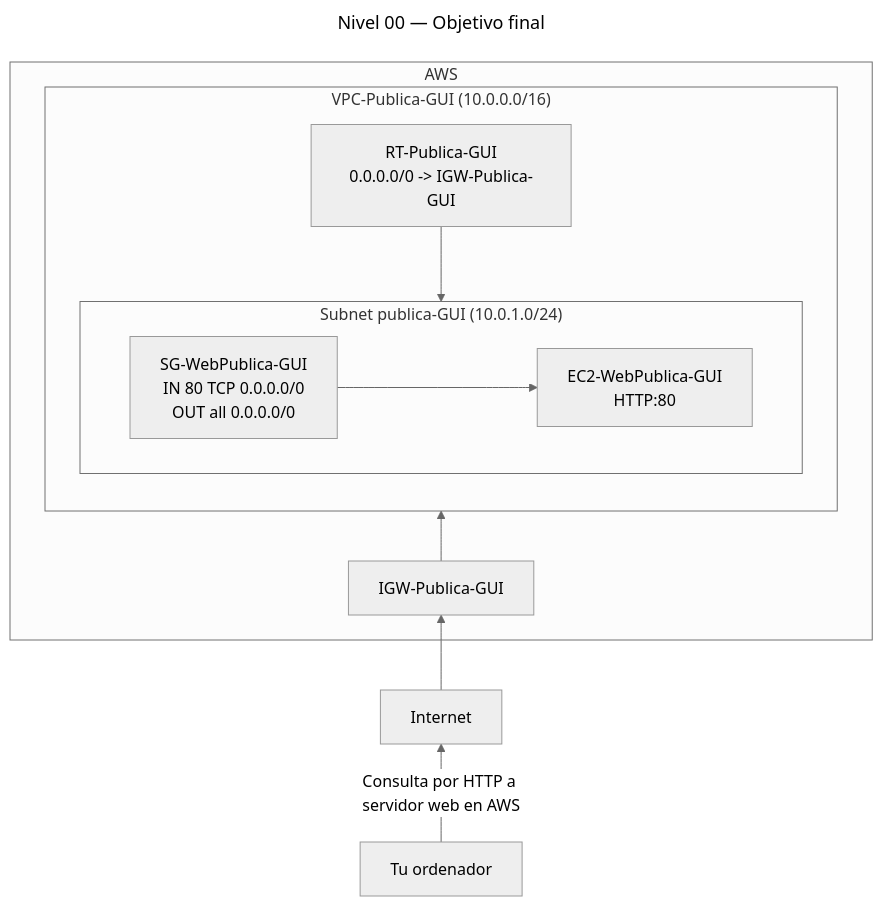
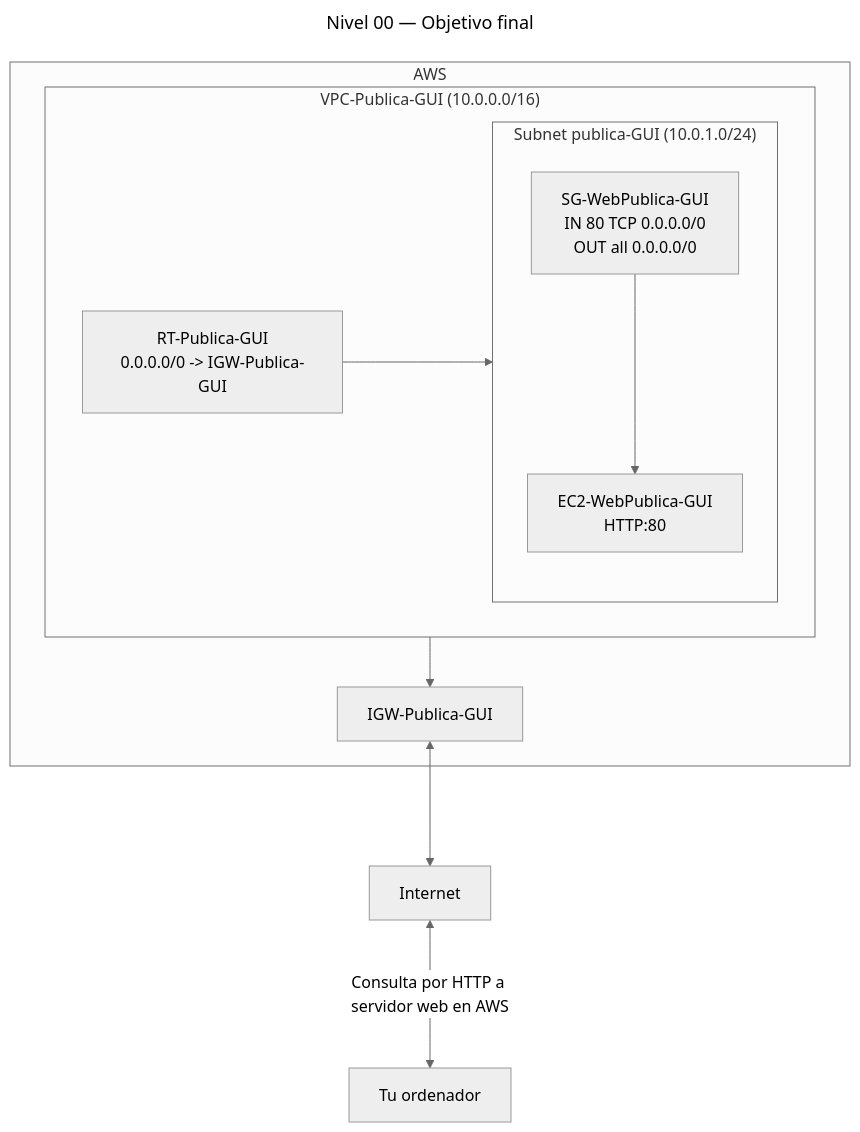
One commit to Marcos-SA-git/AWS-Certifications changed the first of 8 diagrams in SAA-C03/es/Prácticas/🥉Fácil/Nivel-00.md. Above: the diagram before and after it, drawn with Mermaid (neutral theme). The commit also changed other lines of this file, not shown here.

Commit message:
Better mermaid scheme

````diff
--- a/SAA-C03/es/Prácticas/🥉Fácil/Nivel-00.md
+++ b/SAA-C03/es/Prácticas/🥉Fácil/Nivel-00.md
@@ -23,26 +23,26 @@
 ```mermaid
 ---
 title: "Nivel 00 — Objetivo final"
 ---
-graph BT
+graph
 
 subgraph AWS[AWS]
     IGW[IGW-Publica-GUI]
     subgraph VPC["VPC-Publica-GUI (10.0.0.0/16)"]
         RT[RT-Publica-GUI<br>0.0.0.0/0 -> IGW-Publica-GUI]
         subgraph SUB["Subnet publica-GUI (10.0.1.0/24)"]
             EC2[EC2-WebPublica-GUI<br>HTTP:80]
             SG[SG-WebPublica-GUI<br>IN 80 TCP 0.0.0.0/0<br>OUT all 0.0.0.0/0]
         end
     end
 end
 
 Internet[Internet]
 PC[Tu ordenador]
 
-IGW --> VPC
-RT --> SUB
+VPC --> IGW
+RT ---> SUB
 SG ---> EC2
-Internet --> IGW
-PC  -->|"Consulta por HTTP a servidor web en AWS"| Internet
+IGW <---> Internet
+Internet  <--->|"Consulta por HTTP a servidor web en AWS"| PC
 ```
````
